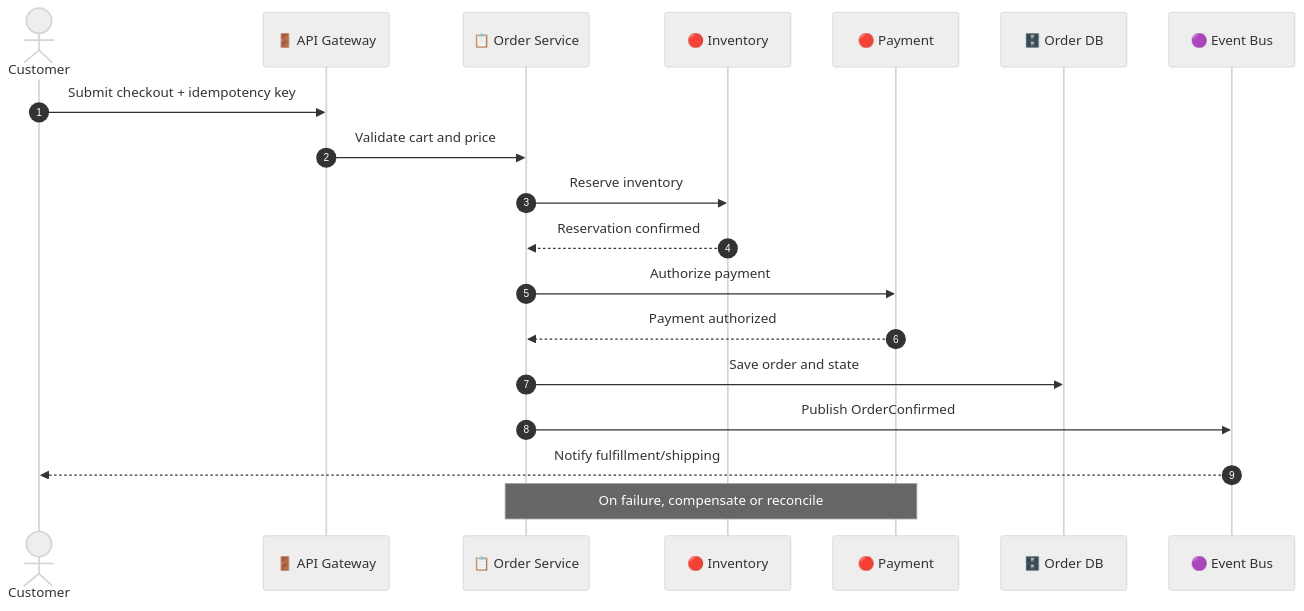
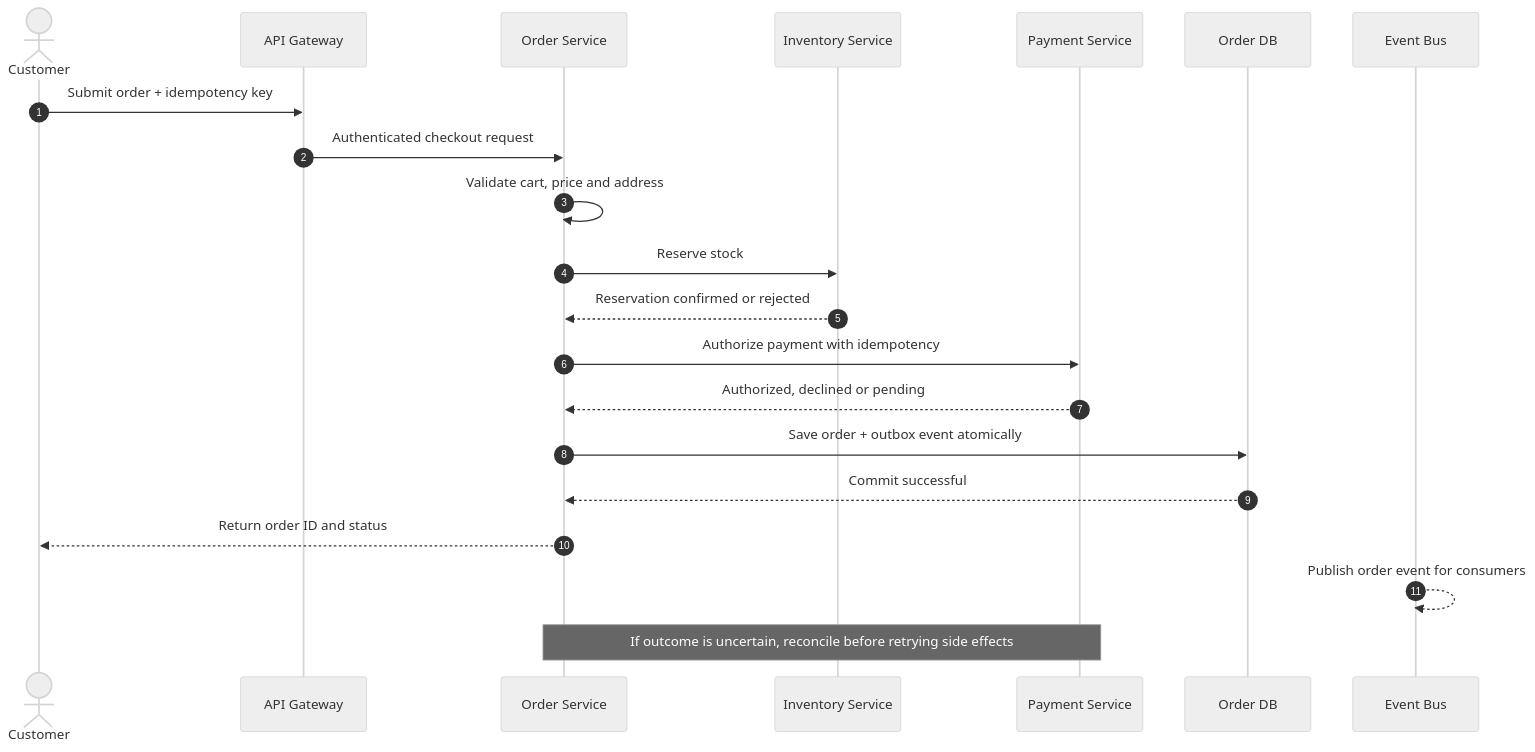
Before and after one commit to azam123/Engineering-Interview-Prep: the second of 9 diagrams in System-Design/01-E-Commerce-Amazon/solution.md, drawn with Mermaid (neutral theme). The commit also changed other lines of this file, not shown here.

````diff
--- a/System-Design/01-E-Commerce-Amazon/solution.md
+++ b/System-Design/01-E-Commerce-Amazon/solution.md
@@ -85,22 +185,23 @@
-```mermaid
+~~~mermaid
 sequenceDiagram
     autonumber
-    actor Customer
-    participant API as 🚪 API Gateway
-    participant Order as 📋 Order Service
-    participant Stock as 🔴 Inventory
-    participant Pay as 🔴 Payment
-    participant DB as 🗄️ Order DB
-    participant Bus as 🟣 Event Bus
-
-    Customer->>API: Submit checkout + idempotency key
-    API->>Order: Validate cart and price
-    Order->>Stock: Reserve inventory
-    Stock-->>Order: Reservation confirmed
-    Order->>Pay: Authorize payment
-    Pay-->>Order: Payment authorized
-    Order->>DB: Save order and state
-    Order->>Bus: Publish OrderConfirmed
-    Bus-->>Customer: Notify fulfillment/shipping
-    Note over Order,Pay: On failure, compensate or reconcile
-```
+    actor C as Customer
+    participant G as API Gateway
+    participant O as Order Service
+    participant I as Inventory Service
+    participant P as Payment Service
+    participant D as Order DB
+    participant Q as Event Bus
+    C->>G: Submit order + idempotency key
+    G->>O: Authenticated checkout request
+    O->>O: Validate cart, price and address
+    O->>I: Reserve stock
+    I-->>O: Reservation confirmed or rejected
+    O->>P: Authorize payment with idempotency
+    P-->>O: Authorized, declined or pending
+    O->>D: Save order + outbox event atomically
+    D-->>O: Commit successful
+    O-->>C: Return order ID and status
+    Q-->>Q: Publish order event for consumers
+    Note over O,P: If outcome is uncertain, reconcile before retrying side effects
+~~~
````
